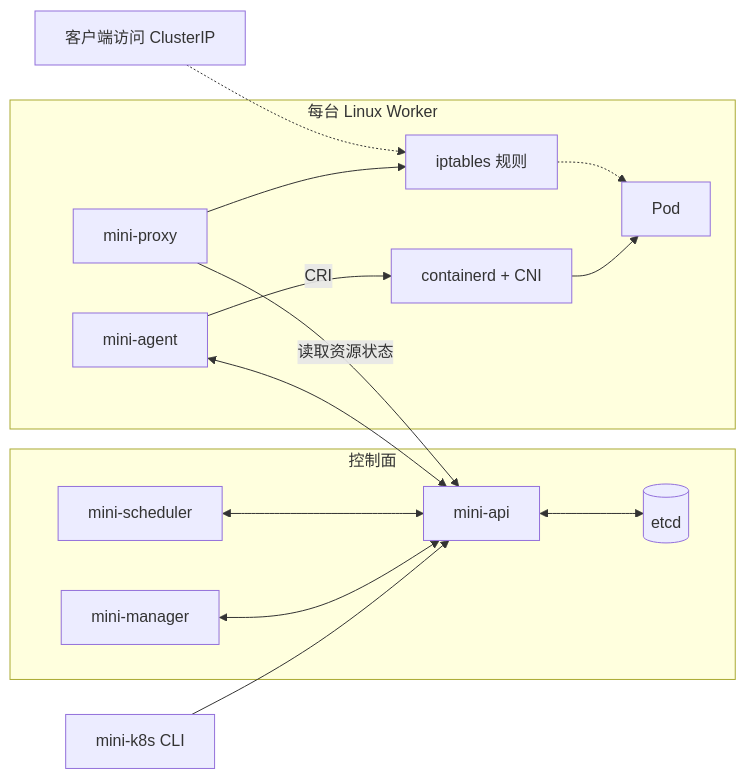
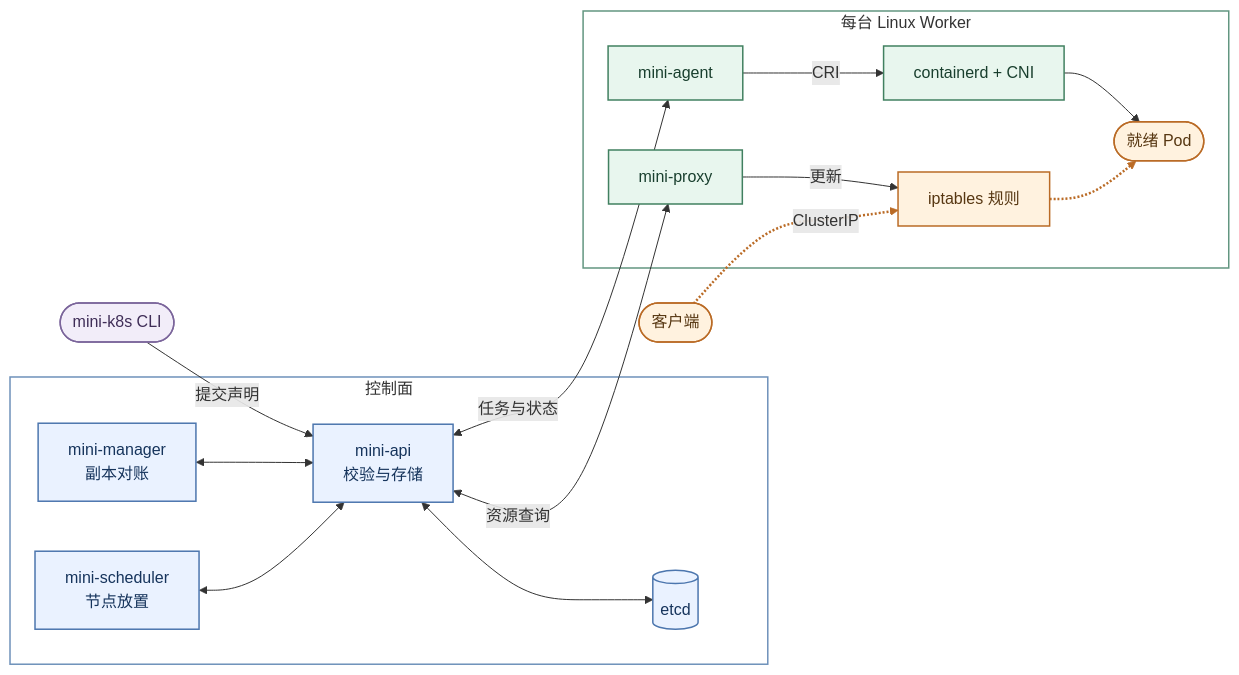
The first of 2 diagrams in readme.md (Yang-oah/mini-k8s), drawn with Mermaid before and after one commit. The commit also changed other lines of this file, not shown here.

Commit message:
docs: Make the README diagrams easier to follow
Separate control and traffic paths with color, and group the deployment sequence by stage.

Scope-risk: narrow
Tested: Rendered both Mermaid diagrams as SVG in Chrome

````diff
--- a/readme.md
+++ b/readme.md
@@ -9,25 +9,38 @@
 ```mermaid
 flowchart LR
-    CLI["mini-k8s CLI"] --> API
+    CLI(["mini-k8s CLI"]) -->|提交声明| API
 
     subgraph CP["控制面"]
-        API["mini-api"]
+        API["mini-api<br/>校验与存储"]
         DB[("etcd")]
-        Controller["mini-manager"]
-        Scheduler["mini-scheduler"]
+        Controller["mini-manager<br/>副本对账"]
+        Scheduler["mini-scheduler<br/>节点放置"]
         API <--> DB
         Controller <--> API
         Scheduler <--> API
     end
 
     subgraph Worker["每台 Linux Worker"]
         Agent["mini-agent"] -->|CRI| Runtime["containerd + CNI"]
-        Runtime --> Pod["Pod"]
-        Proxy["mini-proxy"] --> Rules["iptables 规则"]
+        Runtime --> Pod(["就绪 Pod"])
+        Proxy["mini-proxy"] -->|更新| Rules["iptables 规则"]
     end
 
-    Agent <--> API
-    Proxy -->|读取资源状态| API
-    Client["客户端访问 ClusterIP"] -.-> Rules
+    API <-->|任务与状态| Agent
+    API <-->|资源查询| Proxy
+    Client(["客户端"]) -. ClusterIP .-> Rules
     Rules -.-> Pod
+
+    classDef control fill:#eaf2ff,stroke:#4c76ae,color:#16345c,stroke-width:1.5px
+    classDef runtime fill:#e8f6ee,stroke:#418060,color:#193f2e,stroke-width:1.5px
+    classDef traffic fill:#fff2df,stroke:#ba6b26,color:#573712,stroke-width:1.5px
+    classDef input fill:#f2edf9,stroke:#7b659b,color:#3f2d57,stroke-width:1.5px
+    class API,DB,Controller,Scheduler control
+    class Agent,Runtime,Proxy runtime
+    class Client,Rules,Pod traffic
+    class CLI input
+    style CP fill:transparent,stroke:#6e91ba,stroke-width:1.5px
+    style Worker fill:transparent,stroke:#629680,stroke-width:1.5px
+    %% 最后两条边是业务流量
+    linkStyle 9,10 stroke:#ba6b26,stroke-width:2.5px
 ```
````
